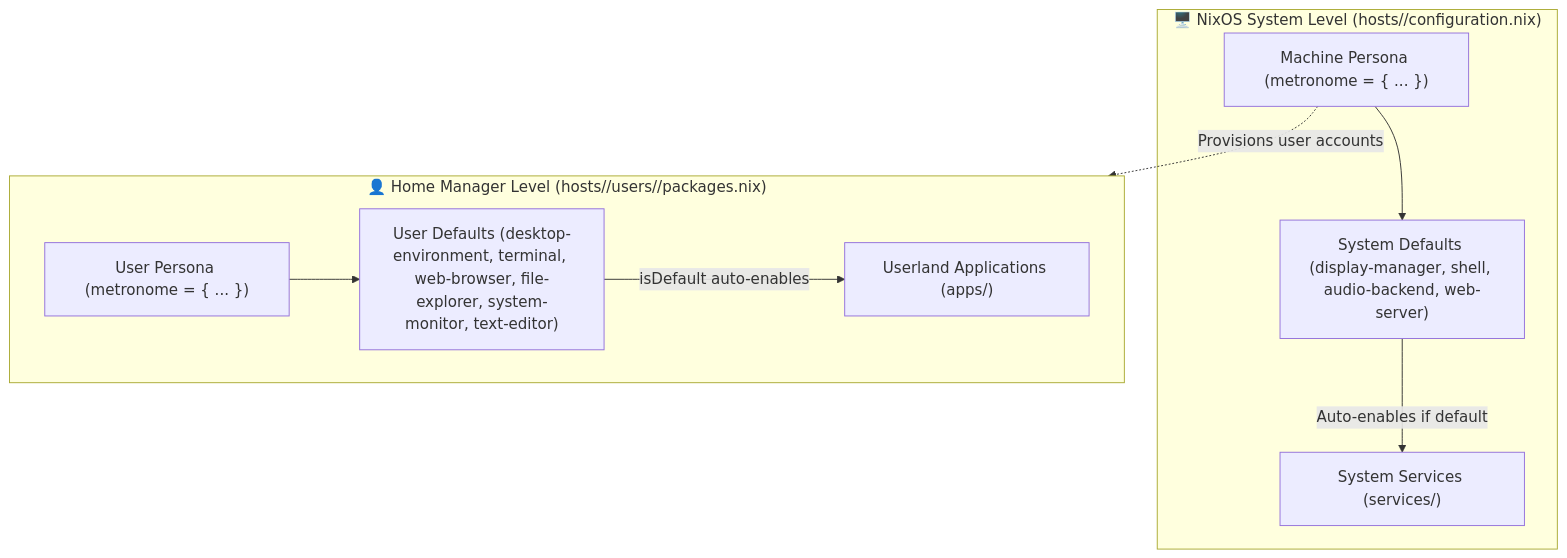
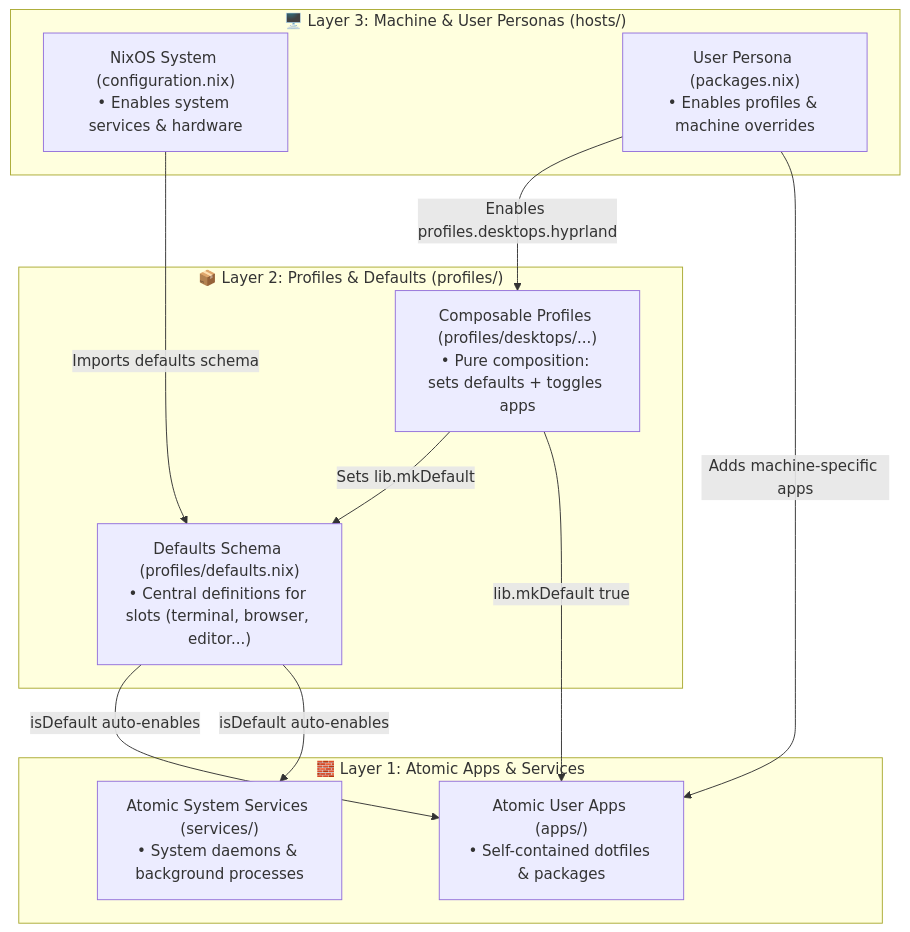
One commit to LostWarning/nixos changed the diagram in README.md. Above: the diagram before and after it, drawn with Mermaid. The commit also changed other lines of this file and 1 other file, not shown here.

````diff
--- a/README.md
+++ b/README.md
@@ -33,20 +41,24 @@
 ```mermaid
 flowchart TD
-    subgraph Machine ["🖥️ NixOS System Level (hosts/<host>/configuration.nix)"]
-        SysConfig["Machine Persona (metronome = { ... })"]
-        SysDefaults["System Defaults (display-manager, shell, audio-backend, web-server)"]
-        SysServices["System Services (services/)"]
-        SysConfig --> SysDefaults
-        SysDefaults -->|"Auto-enables if default"| SysServices
+    subgraph Layer1 ["🧱 Layer 1: Atomic Apps & Services"]
+        Apps["Atomic User Apps (apps/)<br>• Self-contained dotfiles & packages"]
+        Services["Atomic System Services (services/)<br>• System daemons & background processes"]
     end
 
-    subgraph UserSpace ["👤 Home Manager Level (hosts/<host>/users/<user>/packages.nix)"]
-        UserConfig["User Persona (metronome = { ... })"]
-        UserDefaults["User Defaults (desktop-environment, terminal, web-browser, file-explorer, system-monitor, text-editor)"]
-        UserApps["Userland Applications (apps/)"]
-        UserConfig --> UserDefaults
-        UserDefaults -->|"isDefault auto-enables"| UserApps
+    subgraph Layer2 ["📦 Layer 2: Profiles & Defaults (profiles/)"]
+        Defaults["Defaults Schema (profiles/defaults.nix)<br>• Central definitions for slots (terminal, browser, editor...)"]
+        Profiles["Composable Profiles (profiles/desktops/...)<br>• Pure composition: sets defaults + toggles apps"]
+        Profiles -->|"Sets lib.mkDefault"| Defaults
+        Profiles -->|"lib.mkDefault true"| Apps
+        Defaults -->|"isDefault auto-enables"| Apps
+        Defaults -->|"isDefault auto-enables"| Services
     end
 
-    SysConfig -.->|"Provisions user accounts"| UserSpace
+    subgraph Layer3 ["🖥️ Layer 3: Machine & User Personas (hosts/)"]
+        HostSys["NixOS System (configuration.nix)<br>• Enables system services & hardware"]
+        UserHome["User Persona (packages.nix)<br>• Enables profiles & machine overrides"]
+        HostSys -->|"Imports defaults schema"| Defaults
+        UserHome -->|"Enables profiles.desktops.hyprland"| Profiles
+        UserHome -->|"Adds machine-specific apps"| Apps
+    end
 ```
````
